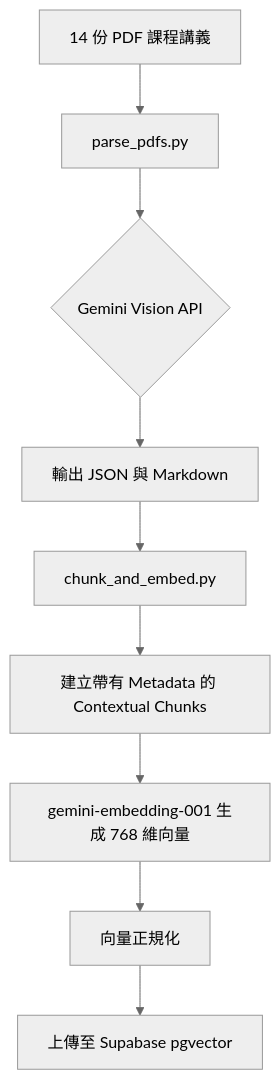
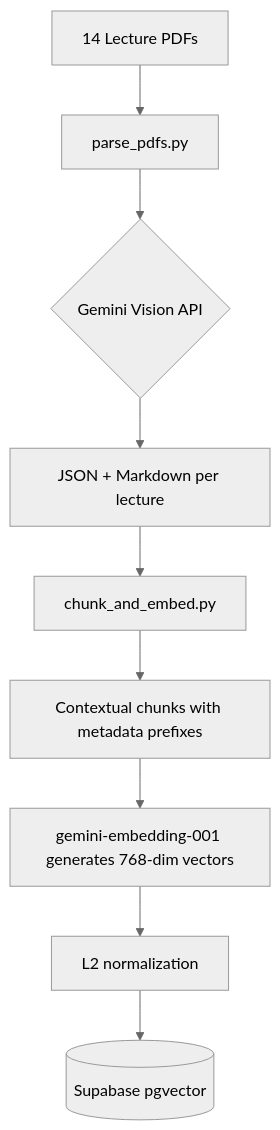
The first of 3 diagrams in README.md (ChiShengChen/NYCU_EP_AI_tutor), drawn with Mermaid (neutral theme) before and after one commit. The commit also changed other lines of this file and 1 other file, not shown here.

First line of the commit message:
rewrite README with full architecture docs, add EN/zh-TW language switch

````diff
--- a/README.md
+++ b/README.md
@@ -15,11 +17,11 @@
 ```mermaid
 graph TD
-    A[14 份 PDF 課程講義] --> B[parse_pdfs.py]
+    A[14 Lecture PDFs] --> B[parse_pdfs.py]
     B --> C{Gemini Vision API}
-    C --> D[輸出 JSON 與 Markdown]
+    C --> D[JSON + Markdown per lecture]
     D --> E[chunk_and_embed.py]
-    E --> F[建立帶有 Metadata 的 Contextual Chunks]
-    F --> G[gemini-embedding-001 生成 768 維向量]
-    G --> H[向量正規化]
-    H --> I[上傳至 Supabase pgvector]
+    E --> F[Contextual chunks with metadata prefixes]
+    F --> G[gemini-embedding-001 generates 768-dim vectors]
+    G --> H[L2 normalization]
+    H --> I[(Supabase pgvector)]
 ```
````
